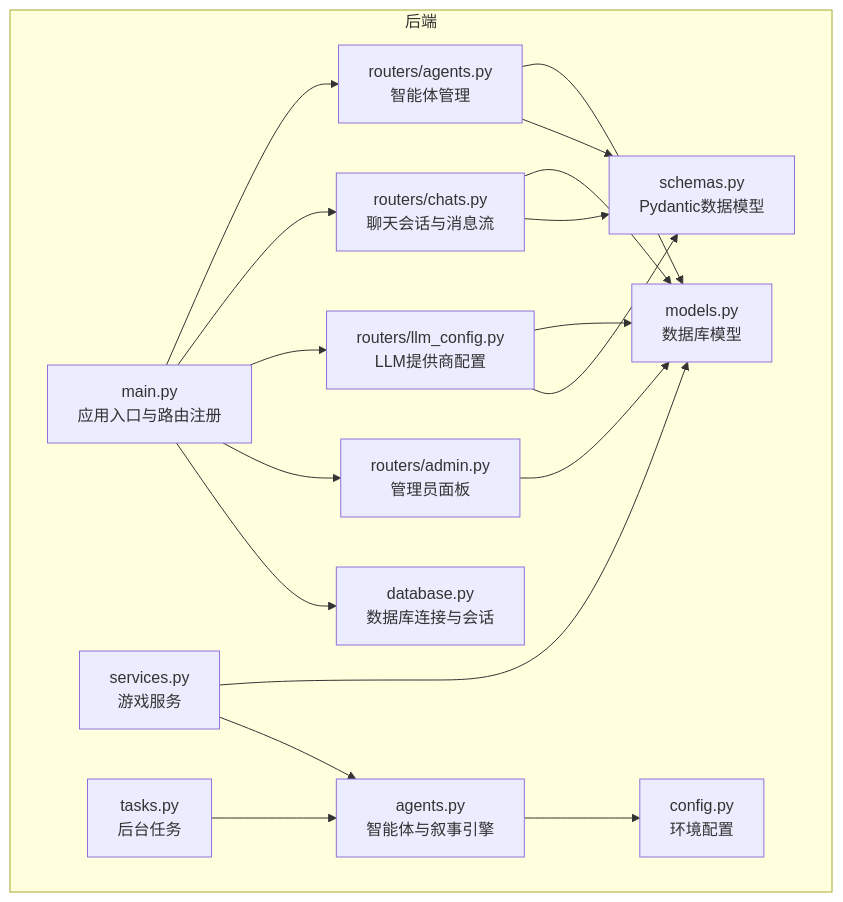
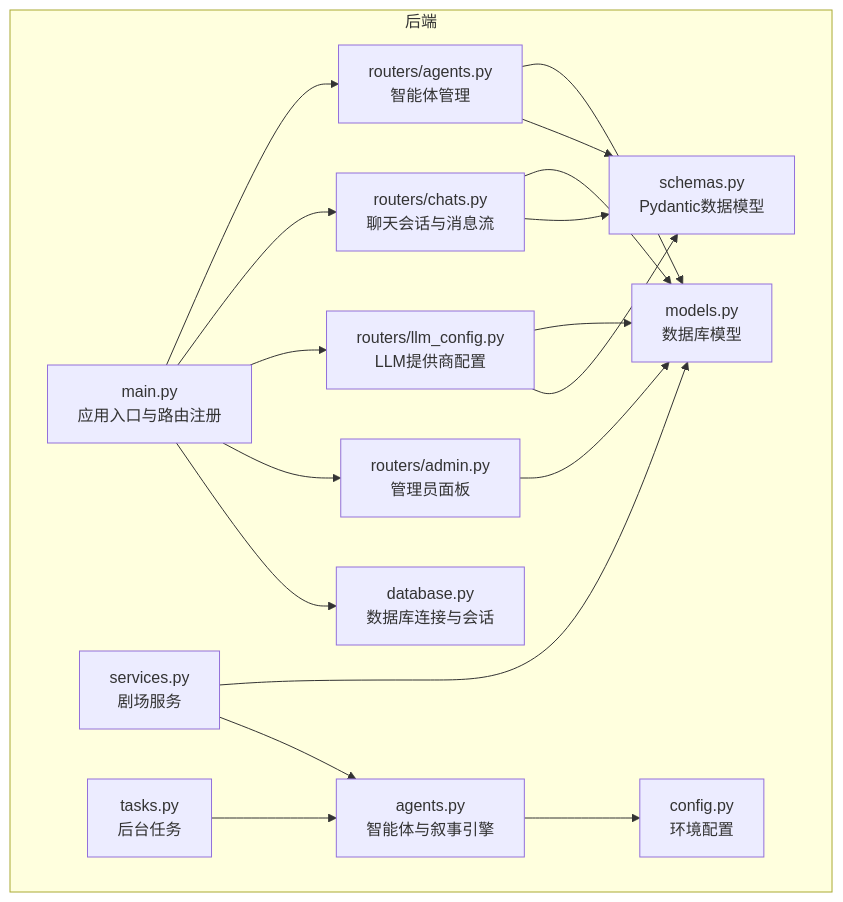
Before and after one commit to KunLabAI/KunFlix: the first of 6 diagrams in .qoder/repowiki/zh/content/API接口文档/智能体API.md, drawn with Mermaid. The commit also changed other lines of this file and 112 other files, not shown here.

````diff
--- a/.qoder/repowiki/zh/content/API接口文档/智能体API.md
+++ b/.qoder/repowiki/zh/content/API接口文档/智能体API.md
@@ -43,33 +43,33 @@
 ```mermaid
 graph TB
 subgraph "后端"
 A["main.py<br/>应用入口与路由注册"]
 B["routers/agents.py<br/>智能体管理"]
 C["routers/chats.py<br/>聊天会话与消息流"]
 D["routers/llm_config.py<br/>LLM提供商配置"]
 E["routers/admin.py<br/>管理员面板"]
-F["services.py<br/>游戏服务"]
+F["services.py<br/>剧场服务"]
 G["models.py<br/>数据库模型"]
 H["schemas.py<br/>Pydantic数据模型"]
 I["database.py<br/>数据库连接与会话"]
 J["agents.py<br/>智能体与叙事引擎"]
 K["config.py<br/>环境配置"]
 L["tasks.py<br/>后台任务"]
 end
 A --> B
 A --> C
 A --> D
 A --> E
 B --> G
 C --> G
 D --> G
 E --> G
 F --> G
 B --> H
 C --> H
 D --> H
 A --> I
 F --> J
 J --> K
 L --> J
 ```
````
